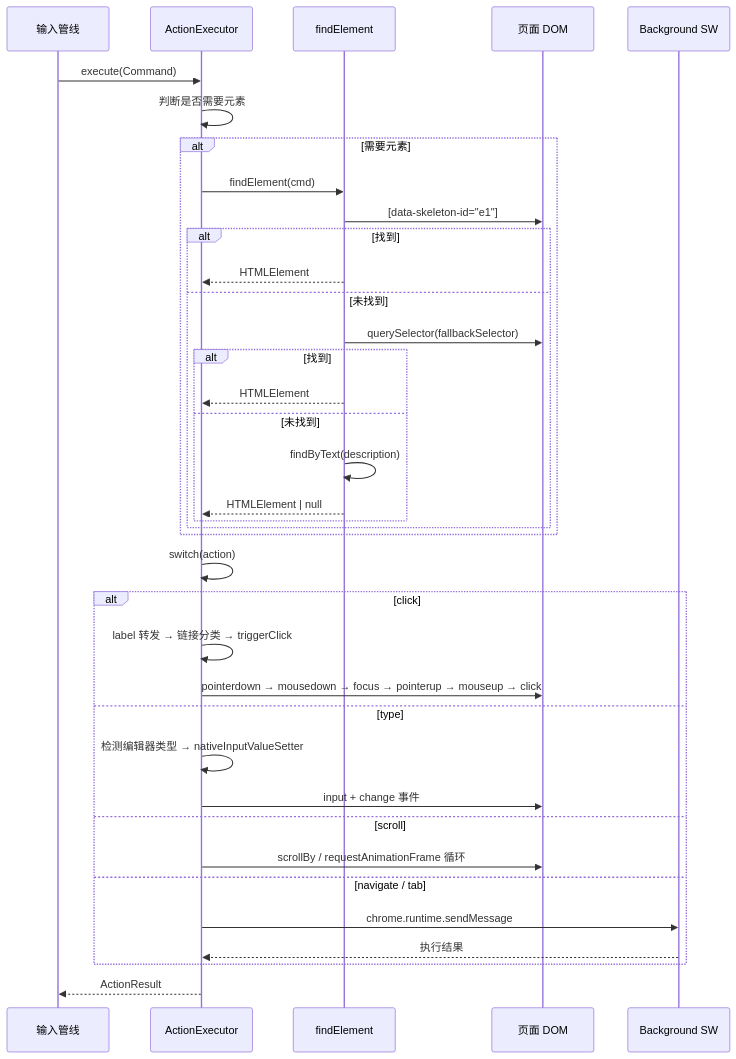
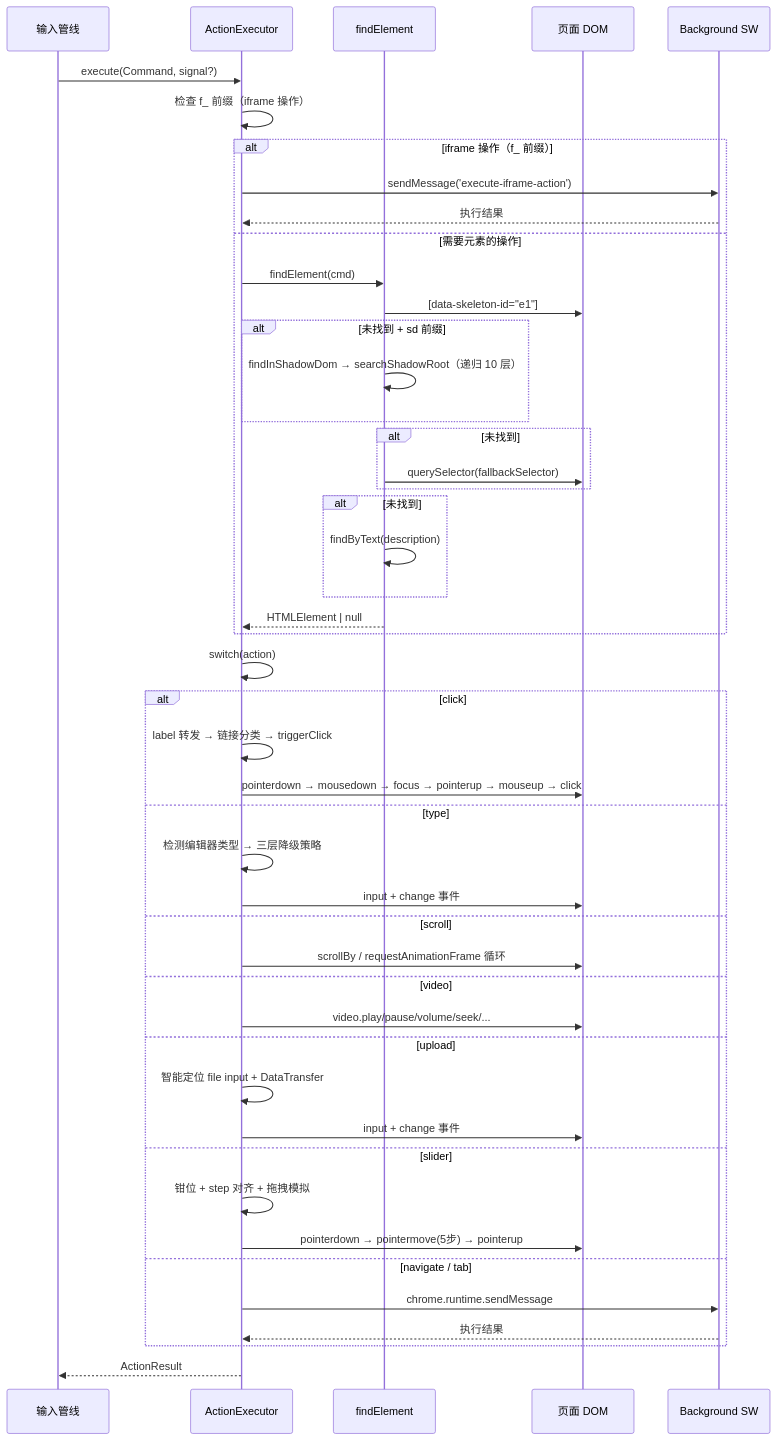
The fourth of 7 diagrams in docs/architecture/browser-command.md (zw123zw/ai-browser), drawn with Mermaid before and after one commit. The commit also changed other lines of this file and 12 other files, not shown here.

````diff
--- a/docs/architecture/browser-command.md
+++ b/docs/architecture/browser-command.md
@@ -664,44 +1117,54 @@
 ```mermaid
 sequenceDiagram
     participant Pipeline as 输入管线
     participant AE as ActionExecutor
     participant FE as findElement
     participant DOM as 页面 DOM
     participant BG as Background SW
 
-    Pipeline->>AE: execute(Command)
-    AE->>AE: 判断是否需要元素
+    Pipeline->>AE: execute(Command, signal?)
+    AE->>AE: 检查 f_ 前缀（iframe 操作）
 
-    alt 需要元素
+    alt iframe 操作（f_ 前缀）
+        AE->>BG: sendMessage('execute-iframe-action')
+        BG-->>AE: 执行结果
+    else 需要元素的操作
         AE->>FE: findElement(cmd)
         FE->>DOM: [data-skeleton-id="e1"]
-        alt 找到
-            FE-->>AE: HTMLElement
-        else 未找到
+        alt 未找到 + sd 前缀
+            FE->>FE: findInShadowDom → searchShadowRoot（递归 10 层）
+        end
+        alt 未找到
             FE->>DOM: querySelector(fallbackSelector)
-            alt 找到
-                FE-->>AE: HTMLElement
-            else 未找到
-                FE->>FE: findByText(description)
-                FE-->>AE: HTMLElement | null
-            end
         end
+        alt 未找到
+            FE->>FE: findByText(description)
+        end
+        FE-->>AE: HTMLElement | null
     end
 
     AE->>AE: switch(action)
 
     alt click
         AE->>AE: label 转发 → 链接分类 → triggerClick
         AE->>DOM: pointerdown → mousedown → focus → pointerup → mouseup → click
     else type
-        AE->>AE: 检测编辑器类型 → nativeInputValueSetter
+        AE->>AE: 检测编辑器类型 → 三层降级策略
         AE->>DOM: input + change 事件
     else scroll
         AE->>DOM: scrollBy / requestAnimationFrame 循环
+    else video
+        AE->>DOM: video.play/pause/volume/seek/...
+    else upload
+        AE->>AE: 智能定位 file input + DataTransfer
+        AE->>DOM: input + change 事件
+    else slider
+        AE->>AE: 钳位 + step 对齐 + 拖拽模拟
+        AE->>DOM: pointerdown → pointermove(5步) → pointerup
     else navigate / tab
         AE->>BG: chrome.runtime.sendMessage
         BG-->>AE: 执行结果
     end
 
     AE-->>Pipeline: ActionResult
 ```
````
